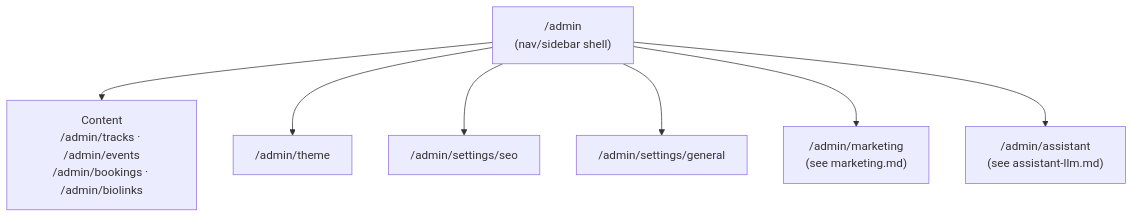
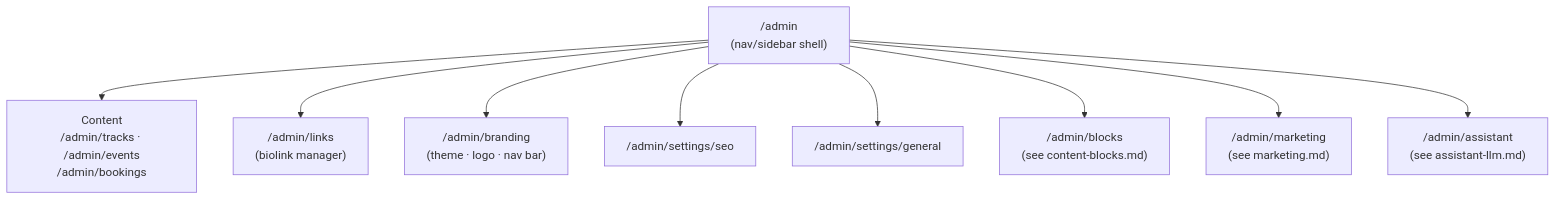
One commit to bobprod/bobprod-web-app changed the diagram in docs/architecture/admin-settings.md. Above: the diagram before and after it, drawn with Mermaid. The commit also changed other lines of this file and 5 other files, not shown here.

First line of the commit message:
Add Branding/Nav, Links admin UI, and Content Blocks modules

````diff
--- a/docs/architecture/admin-settings.md
+++ b/docs/architecture/admin-settings.md
@@ -15,10 +15,12 @@
 ```mermaid
 flowchart TB
     AdminShell["/admin<br/>(nav/sidebar shell)"]
-    AdminShell --> Content["Content<br/>/admin/tracks · /admin/events<br/>/admin/bookings · /admin/biolinks"]
-    AdminShell --> Theme["/admin/theme"]
+    AdminShell --> Content["Content<br/>/admin/tracks · /admin/events<br/>/admin/bookings"]
+    AdminShell --> Links["/admin/links<br/>(biolink manager)"]
+    AdminShell --> Branding["/admin/branding<br/>(theme · logo · nav bar)"]
     AdminShell --> Seo["/admin/settings/seo"]
     AdminShell --> General["/admin/settings/general"]
+    AdminShell --> Blocks["/admin/blocks<br/>(see content-blocks.md)"]
     AdminShell --> Marketing["/admin/marketing<br/>(see marketing.md)"]
     AdminShell --> Assistant["/admin/assistant<br/>(see assistant-llm.md)"]
 ```
````
